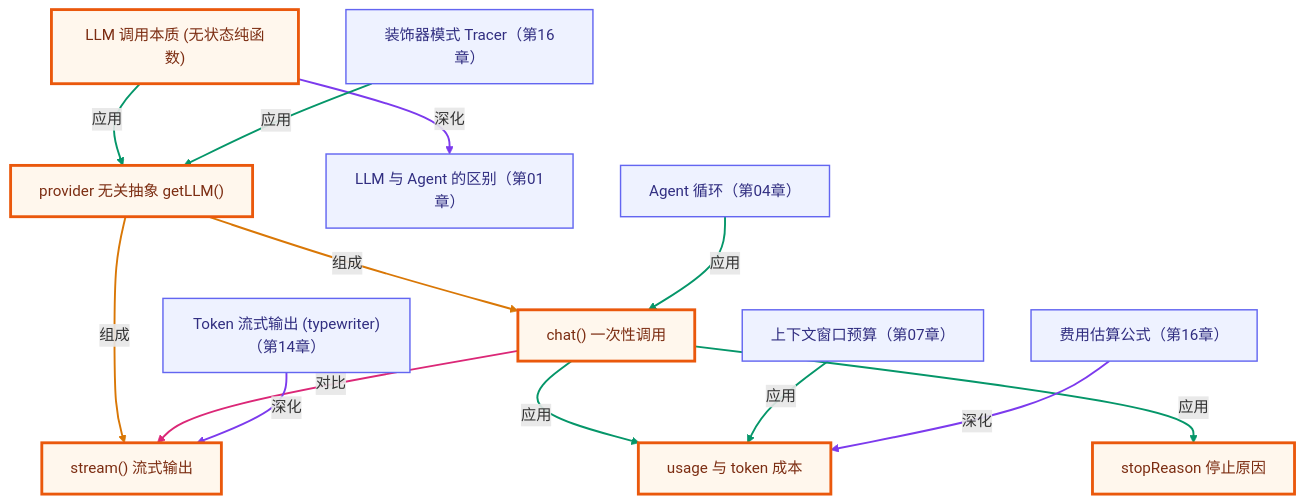
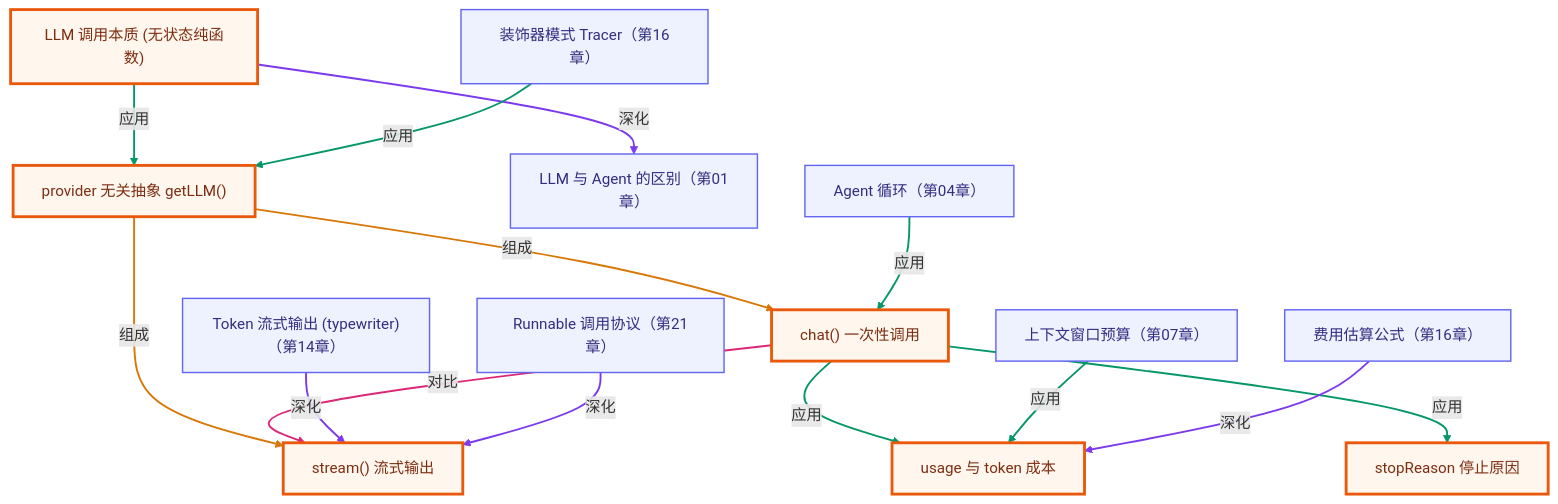
The second of 2 diagrams in lessons/02-first-llm-call/README.md (songuu/agent), drawn with Mermaid before and after one commit. The commit also changed other lines of this file and 20 other files, not shown here.

````diff
--- a/lessons/02-first-llm-call/README.md
+++ b/lessons/02-first-llm-call/README.md
@@ -158,43 +158,46 @@
 ```mermaid
 graph TB
   classDef own fill:#fff7ed,stroke:#ea580c,stroke-width:3px,color:#7c2d12;
   classDef cross fill:#eef2ff,stroke:#6366f1,stroke-width:1.5px,color:#312e81;
   n_c02_llm_call_pure_function["LLM 调用本质 (无状态纯函数)"]
   n_c02_get_llm_abstraction["provider 无关抽象 getLLM()"]
   n_c02_chat["chat() 一次性调用"]
   n_c02_stream["stream() 流式输出"]
   n_c02_usage_token["usage 与 token 成本"]
   n_c02_stop_reason["stopReason 停止原因"]
   n_c01_llm_vs_agent["LLM 与 Agent 的区别（第01章）"]
   n_c04_agent_loop["Agent 循环（第04章）"]
   n_c07_context_window_budget["上下文窗口预算（第07章）"]
   n_c14_token_streaming["Token 流式输出 (typewriter)（第14章）"]
   n_c16_cost_estimation["费用估算公式（第16章）"]
   n_c16_decorator_tracer["装饰器模式 Tracer（第16章）"]
+  n_srca_langchain_runnable["Runnable 调用协议（第21章）"]
   n_c02_llm_call_pure_function -->|应用| n_c02_get_llm_abstraction
   n_c02_get_llm_abstraction -->|组成| n_c02_chat
   n_c02_get_llm_abstraction -->|组成| n_c02_stream
   n_c02_chat -->|对比| n_c02_stream
   n_c02_chat -->|应用| n_c02_usage_token
   n_c02_chat -->|应用| n_c02_stop_reason
   n_c02_llm_call_pure_function -->|深化| n_c01_llm_vs_agent
   n_c04_agent_loop -->|应用| n_c02_chat
   n_c07_context_window_budget -->|应用| n_c02_usage_token
   n_c14_token_streaming -->|深化| n_c02_stream
   n_c16_cost_estimation -->|深化| n_c02_usage_token
   n_c16_decorator_tracer -->|应用| n_c02_get_llm_abstraction
+  n_srca_langchain_runnable -->|深化| n_c02_stream
   class n_c02_llm_call_pure_function,n_c02_get_llm_abstraction,n_c02_chat,n_c02_stream,n_c02_usage_token,n_c02_stop_reason own;
-  class n_c01_llm_vs_agent,n_c04_agent_loop,n_c07_context_window_budget,n_c14_token_streaming,n_c16_cost_estimation,n_c16_decorator_tracer cross;
+  class n_c01_llm_vs_agent,n_c04_agent_loop,n_c07_context_window_budget,n_c14_token_streaming,n_c16_cost_estimation,n_c16_decorator_tracer,n_srca_langchain_runnable cross;
   linkStyle 0 stroke:#059669,stroke-width:2px;
   linkStyle 1 stroke:#d97706,stroke-width:2px;
   linkStyle 2 stroke:#d97706,stroke-width:2px;
   linkStyle 3 stroke:#db2777,stroke-width:2px;
   linkStyle 4 stroke:#059669,stroke-width:2px;
   linkStyle 5 stroke:#059669,stroke-width:2px;
   linkStyle 6 stroke:#7c3aed,stroke-width:2px;
   linkStyle 7 stroke:#059669,stroke-width:2px;
   linkStyle 8 stroke:#059669,stroke-width:2px;
   linkStyle 9 stroke:#7c3aed,stroke-width:2px;
   linkStyle 10 stroke:#7c3aed,stroke-width:2px;
   linkStyle 11 stroke:#059669,stroke-width:2px;
+  linkStyle 12 stroke:#7c3aed,stroke-width:2px;
 ```
````
